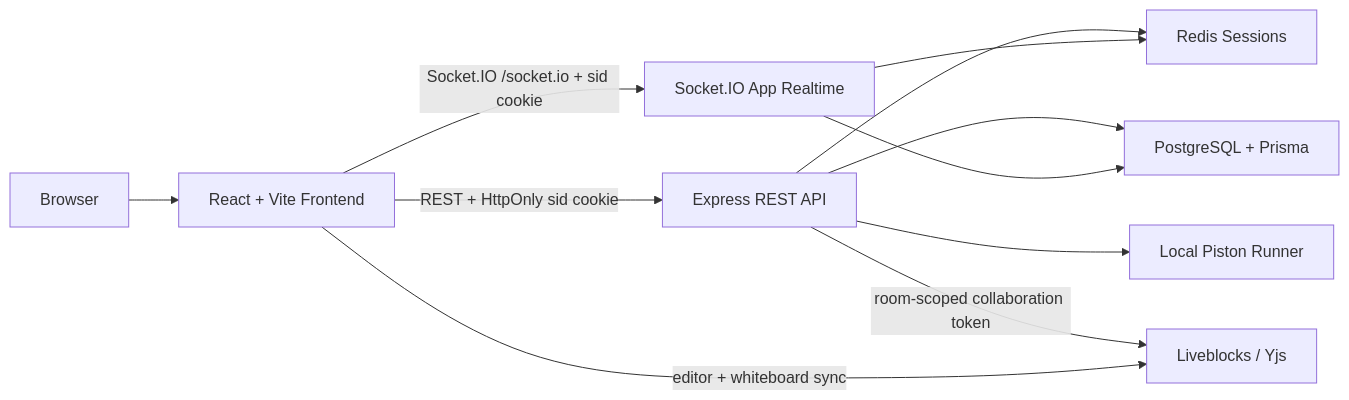
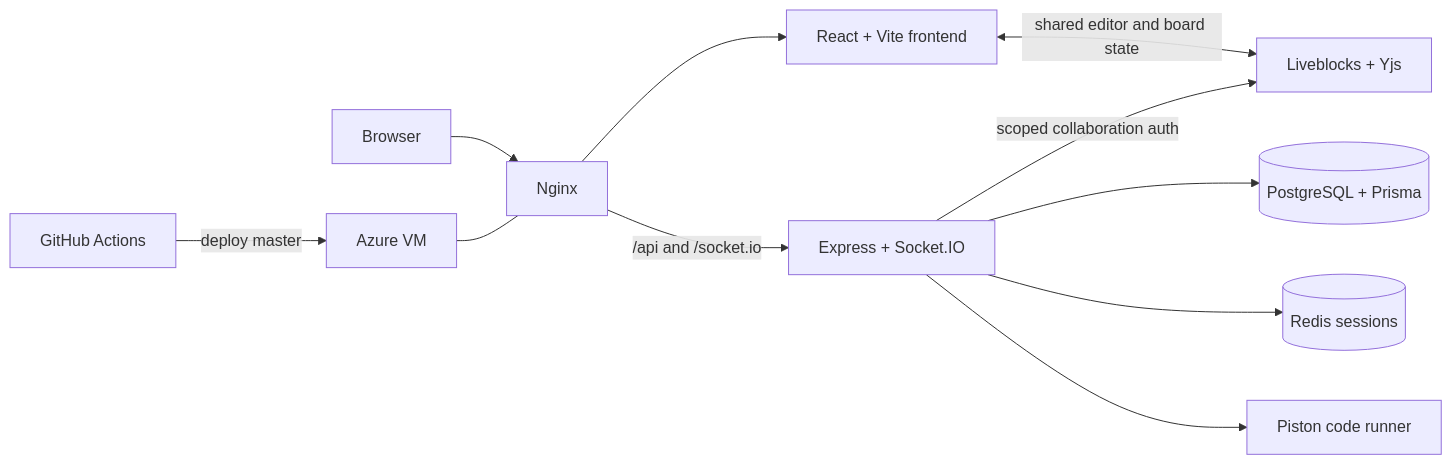
One commit to ANUKOOL324/StarSync changed the diagram in README.md. Above: the diagram before and after it, drawn with Mermaid. The commit also changed other lines of this file, not shown here.

````diff
--- a/README.md
+++ b/README.md
@@ -74,22 +53,16 @@
 ```mermaid
 flowchart LR
-  Browser["Browser"]
-  Frontend["React + Vite Frontend"]
-  REST["Express REST API"]
-  SocketIO["Socket.IO App Realtime"]
-  Redis["Redis Sessions"]
-  Postgres["PostgreSQL + Prisma"]
-  Piston["Local Piston Runner"]
-  Liveblocks["Liveblocks / Yjs"]
+    Browser["Browser"] --> Nginx["Nginx"]
+    Nginx --> Frontend["React + Vite frontend"]
+    Nginx -->|"/api and /socket.io"| Backend["Express + Socket.IO"]
 
-  Browser --> Frontend
-  Frontend -->|"REST + HttpOnly sid cookie"| REST
-  Frontend -->|"Socket.IO /socket.io + sid cookie"| SocketIO
-  REST --> Redis
-  SocketIO --> Redis
-  REST --> Postgres
-  SocketIO --> Postgres
-  REST --> Piston
-  REST -->|"room-scoped collaboration token"| Liveblocks
-  Frontend -->|"editor + whiteboard sync"| Liveblocks
+    Backend --> Postgres[("PostgreSQL + Prisma")]
+    Backend --> Redis[("Redis sessions")]
+    Backend --> Piston["Piston code runner"]
+
+    Frontend <-->|"shared editor and board state"| Liveblocks["Liveblocks + Yjs"]
+    Backend -->|"scoped collaboration auth"| Liveblocks
+
+    Actions["GitHub Actions"] -->|"deploy master"| Azure["Azure VM"]
+    Azure --- Nginx
 ```
````
